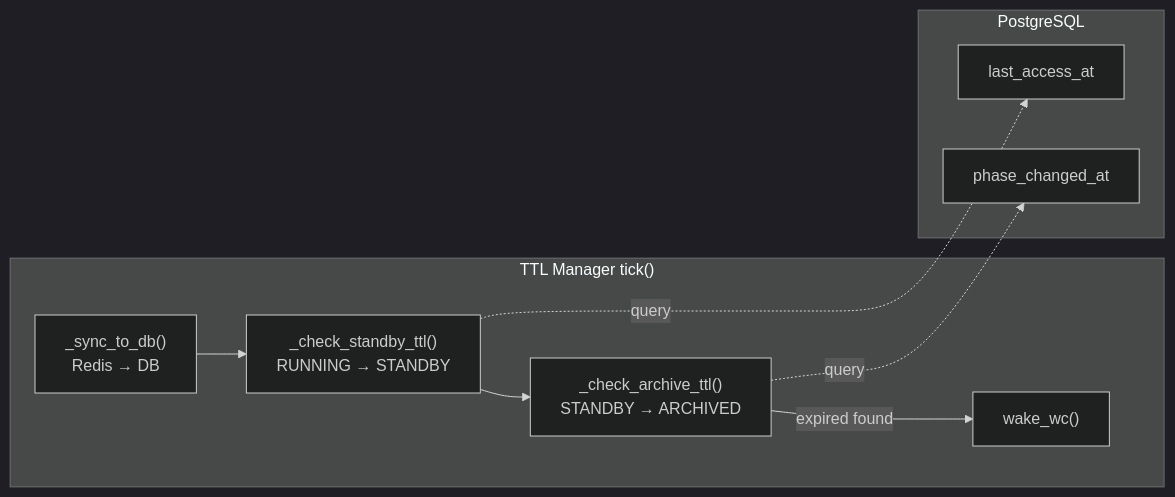
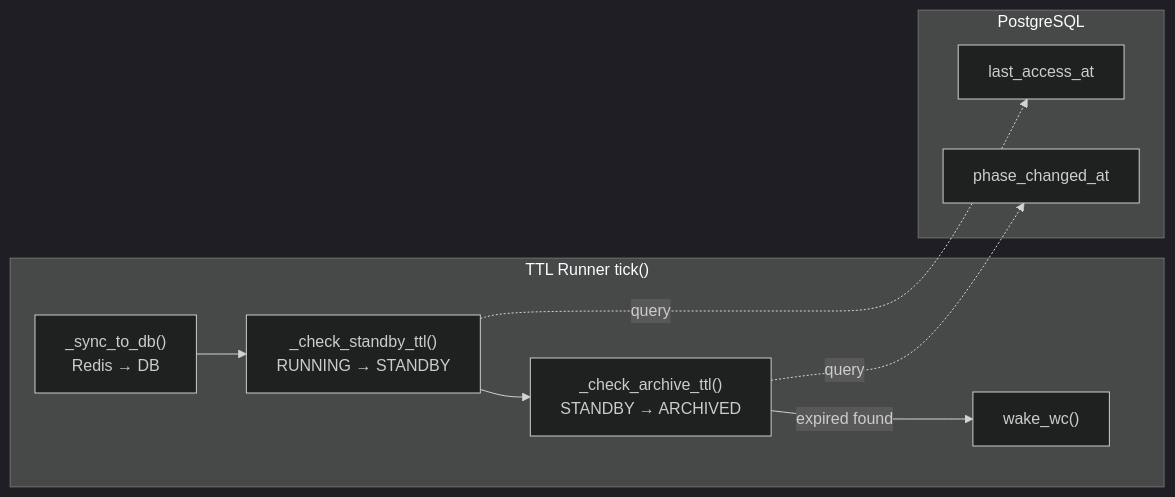
The second of 5 diagrams in docs/architecture/ttl-manager.md (cagojeiger/code-hub), drawn with Mermaid (dark theme) before and after one commit. The commit also changed other lines of this file and 8 other files, not shown here.

````diff
--- a/docs/architecture/ttl-manager.md
+++ b/docs/architecture/ttl-manager.md
@@ -62,21 +62,21 @@
 ```mermaid
 flowchart LR
-    subgraph TTL["TTL Manager tick()"]
+    subgraph TTL["TTL Runner tick()"]
         SYNC["_sync_to_db()<br/>Redis → DB"]
         STB["_check_standby_ttl()<br/>RUNNING → STANDBY"]
         ARC["_check_archive_ttl()<br/>STANDBY → ARCHIVED"]
         WAKE["wake_wc()"]
 
         SYNC --> STB
         STB --> ARC
         ARC -->|expired found| WAKE
     end
 
     subgraph DB["PostgreSQL"]
         LA["last_access_at"]
         PC["phase_changed_at"]
     end
 
     STB -.->|query| LA
     ARC -.->|query| PC
 ```
````
